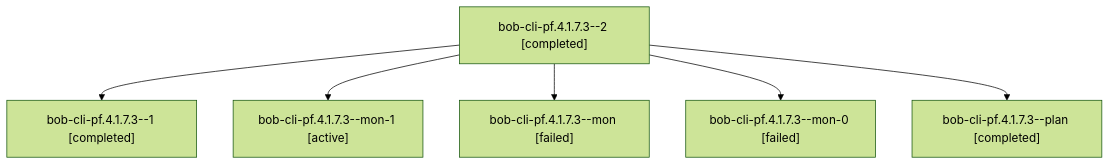
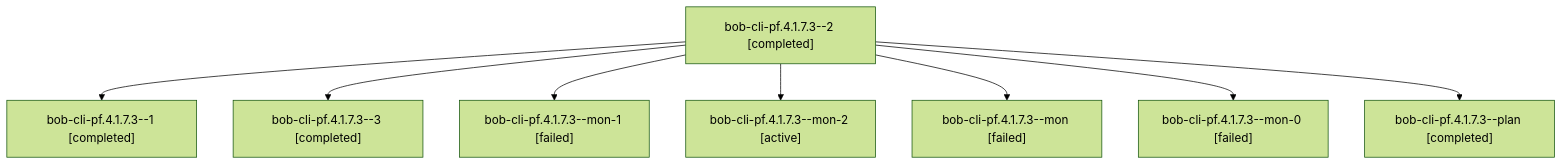
Before and after one commit to bobs-org/bob-cli--agents: the diagram in sessions/bbugyi200.apollo.bob-cli-pf.4.1.7.3.md, drawn with Mermaid (forest theme). The commit also changed other lines of this file and 105 other files, not shown here.

````diff
--- a/sessions/bbugyi200.apollo.bob-cli-pf.4.1.7.3.md
+++ b/sessions/bbugyi200.apollo.bob-cli-pf.4.1.7.3.md
@@ -9,14 +9,18 @@
 ```mermaid
 flowchart TD
   n0["bob-cli-pf.4.1.7.3--2 [completed]"]
   n1["bob-cli-pf.4.1.7.3--1 [completed]"]
   n0 --> n1
-  n2["bob-cli-pf.4.1.7.3--mon-1 [active]"]
+  n2["bob-cli-pf.4.1.7.3--3 [completed]"]
   n0 --> n2
-  n3["bob-cli-pf.4.1.7.3--mon [failed]"]
+  n3["bob-cli-pf.4.1.7.3--mon-1 [failed]"]
   n0 --> n3
-  n4["bob-cli-pf.4.1.7.3--mon-0 [failed]"]
+  n4["bob-cli-pf.4.1.7.3--mon-2 [active]"]
   n0 --> n4
-  n5["bob-cli-pf.4.1.7.3--plan [completed]"]
+  n5["bob-cli-pf.4.1.7.3--mon [failed]"]
   n0 --> n5
+  n6["bob-cli-pf.4.1.7.3--mon-0 [failed]"]
+  n0 --> n6
+  n7["bob-cli-pf.4.1.7.3--plan [completed]"]
+  n0 --> n7
 ```
````
